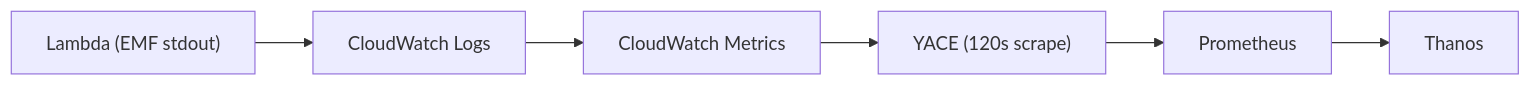
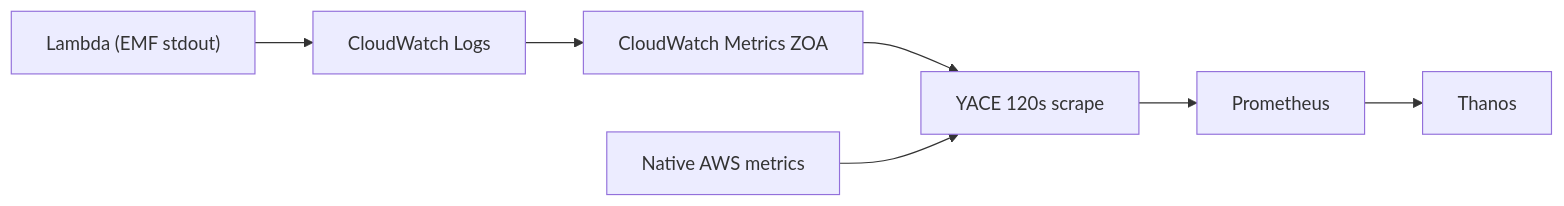
Before and after one commit to Alcamech/rosa-hyperfleet-zoa: the diagram in docs/observability.md, drawn with Mermaid. The commit also changed other lines of this file and 2 other files, not shown here.

First line of the commit message:
ROSAENG-68808 | docs: ZOA observability operator guide

````diff
--- a/docs/observability.md
+++ b/docs/observability.md
@@ -12,8 +15,9 @@
 ```mermaid
 flowchart LR
     A["Lambda (EMF stdout)"] --> B["CloudWatch Logs"]
-    B --> C["CloudWatch Metrics"]
-    C --> D["YACE (120s scrape)"]
+    B --> C["CloudWatch Metrics ZOA"]
+    C --> D["YACE 120s scrape"]
+    N["Native AWS metrics"] --> D
     D --> E["Prometheus"]
     E --> F["Thanos"]
 ```
````
